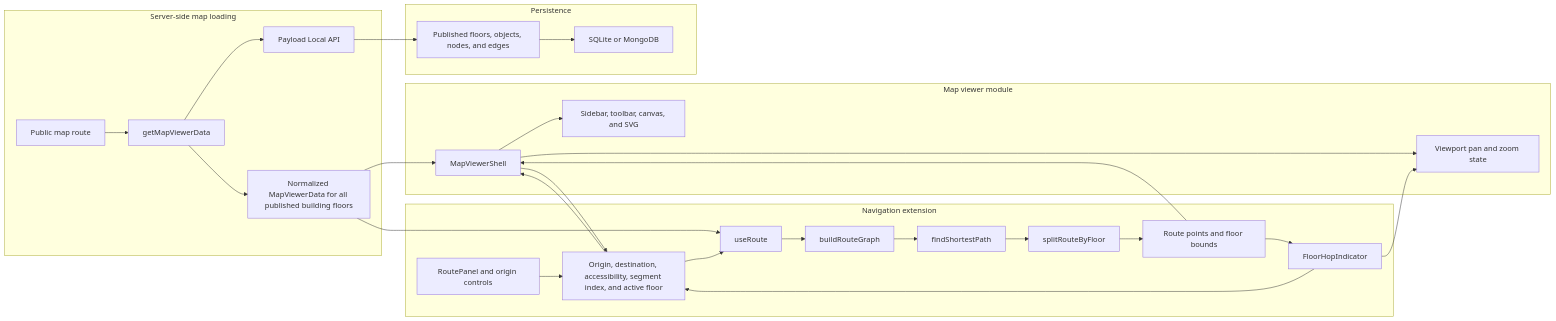
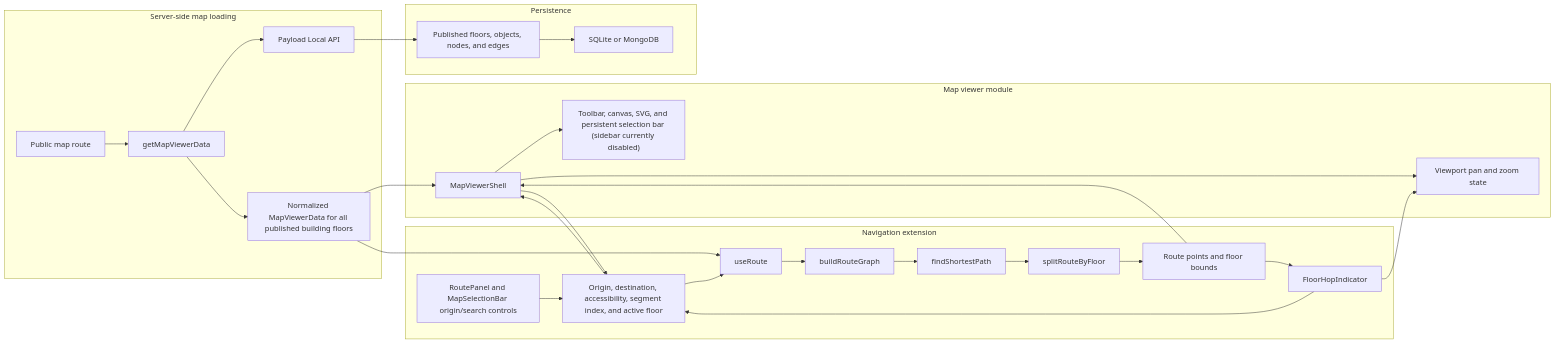
The fifth of 6 diagrams in docs/technical/APPLICATION_ARCHITECTURE.md (MubassirSapa/WayFinder), drawn with Mermaid before and after one commit. The commit also changed other lines of this file and 7 other files, not shown here.

First line of the commit message:
feat(navigation,map-viewer): persistent MapSelectionBar with routing drawer, disable sidebar

````diff
--- a/docs/technical/APPLICATION_ARCHITECTURE.md
+++ b/docs/technical/APPLICATION_ARCHITECTURE.md
@@ -469,54 +469,54 @@
 ```mermaid
 flowchart LR
     subgraph serverSide ["Server-side map loading"]
         mapRoute["Public map route"]
         viewerLoader["getMapViewerData"]
         localApi["Payload Local API"]
         mapData["Normalized MapViewerData for all published building floors"]
     end
 
     subgraph viewerModule ["Map viewer module"]
         viewerShell["MapViewerShell"]
-        viewerUi["Sidebar, toolbar, canvas, and SVG"]
+        viewerUi["Toolbar, canvas, SVG, and persistent selection bar (sidebar currently disabled)"]
         floorState["Viewport pan and zoom state"]
     end
 
     subgraph navigationModule ["Navigation extension"]
-        routePanel["RoutePanel and origin controls"]
+        routePanel["RoutePanel and MapSelectionBar origin/search controls"]
         navigationState["Origin, destination, accessibility, segment index, and active floor"]
         routeHook["useRoute"]
         graphBuilder["buildRouteGraph"]
         dijkstra["findShortestPath"]
         floorSegments["splitRouteByFloor"]
         routeGeometry["Route points and floor bounds"]
         floorHop["FloorHopIndicator"]
     end
 
     subgraph databaseLayer ["Persistence"]
         collections["Published floors, objects, nodes, and edges"]
         database["SQLite or MongoDB"]
     end
 
     mapRoute --> viewerLoader
     viewerLoader --> localApi
     localApi --> collections
     collections --> database
     viewerLoader --> mapData
     mapData --> viewerShell
     viewerShell --> viewerUi
     viewerShell --> floorState
 
     routePanel --> navigationState
     viewerShell --> navigationState
     navigationState --> viewerShell
     mapData --> routeHook
     navigationState --> routeHook
     routeHook --> graphBuilder
     graphBuilder --> dijkstra
     dijkstra --> floorSegments
     floorSegments --> routeGeometry
     routeGeometry --> viewerShell
     routeGeometry --> floorHop
     floorHop --> navigationState
     floorHop --> floorState
 ```
````
